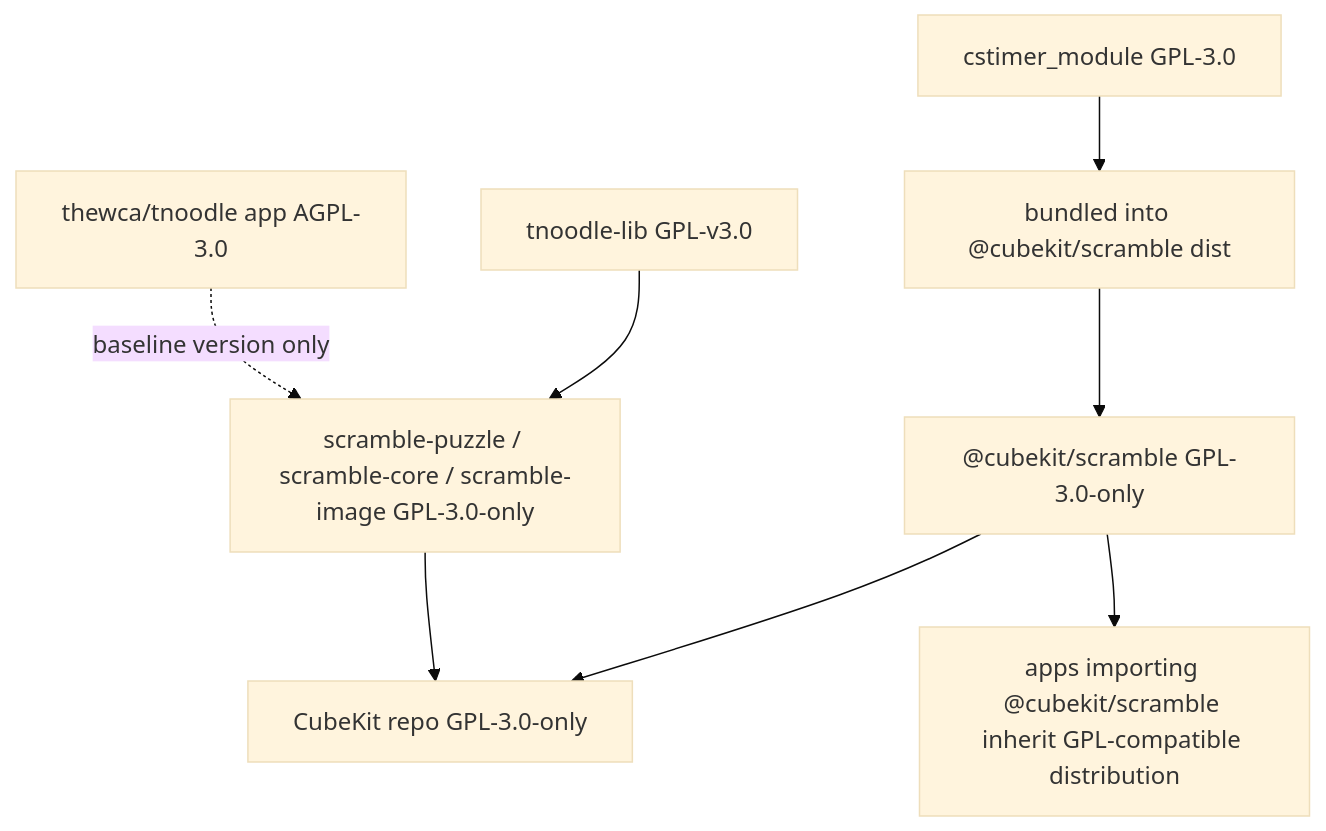
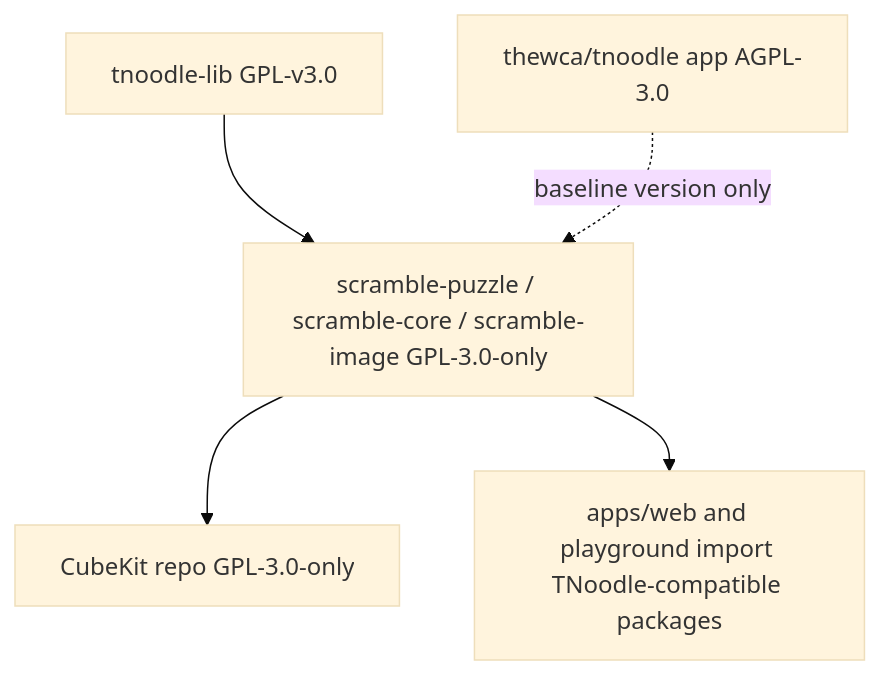
One commit to deweyou/cube-kit changed the diagram in docs/dependency-licensing.md. Above: the diagram before and after it, drawn with Mermaid (base theme). The commit also changed other lines of this file and 42 other files, not shown here.

````diff
--- a/docs/dependency-licensing.md
+++ b/docs/dependency-licensing.md
@@ -3,10 +3,8 @@
 ```mermaid
 flowchart TD
-    Cstimer["cstimer_module GPL-3.0"] --> Bundle["bundled into @cubekit/scramble dist"]
-    Bundle --> ScrambleLicense["@cubekit/scramble GPL-3.0-only"]
-    ScrambleLicense --> RepoLicense["CubeKit repo GPL-3.0-only"]
-    ScrambleLicense --> Apps["apps importing @cubekit/scramble inherit GPL-compatible distribution"]
     TnoodleLib["tnoodle-lib GPL-v3.0"] --> NewPackages["scramble-puzzle / scramble-core / scramble-image GPL-3.0-only"]
     NewPackages --> RepoLicense
+    NewPackages --> Apps["apps/web and playground import TNoodle-compatible packages"]
+    RepoLicense["CubeKit repo GPL-3.0-only"]
     TnoodleApp["thewca/tnoodle app AGPL-3.0"] -. "baseline version only" .-> NewPackages
 ```
````
